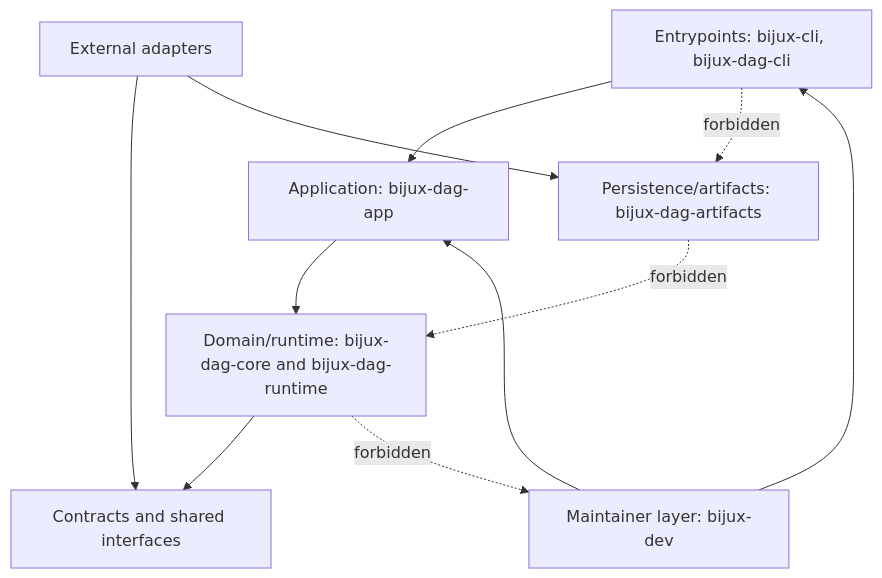
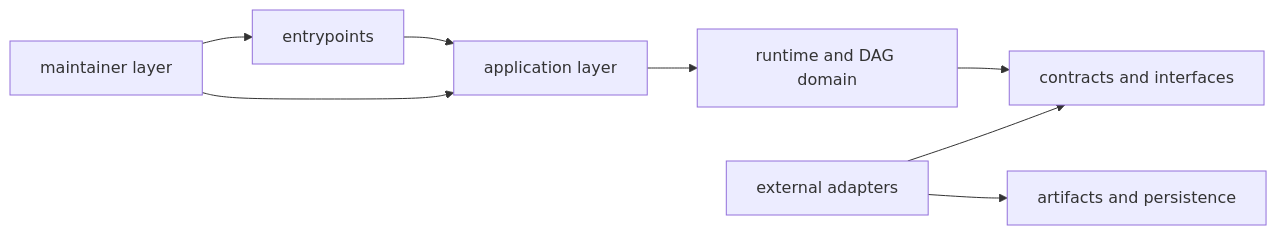
One commit to bijux/bijux-cli changed the diagram in docs/bijux-core/architecture/dependency-direction.md. Above: the diagram before and after it, drawn with Mermaid. The commit also changed other lines of this file, not shown here.

Commit message:
docs(core-architecture): clarify dependency direction

````diff
--- a/docs/bijux-core/architecture/dependency-direction.md
+++ b/docs/bijux-core/architecture/dependency-direction.md
@@ -17,22 +21,10 @@
 ```mermaid
-flowchart TB
-    entry[Entrypoints: bijux-cli, bijux-dag-cli]
-    app[Application: bijux-dag-app]
-    domain[Domain/runtime: bijux-dag-core and bijux-dag-runtime]
-    ports[Contracts and shared interfaces]
-    adapters[External adapters]
-    store[Persistence/artifacts: bijux-dag-artifacts]
-    maintain[Maintainer layer: bijux-dev]
-
-    entry --> app
-    app --> domain
-    domain --> ports
-    adapters --> ports
-    adapters --> store
-    maintain --> entry
+flowchart LR
+    entry["entrypoints"] --> app["application layer"]
+    app --> domain["runtime and DAG domain"]
+    domain --> ports["contracts and interfaces"]
+    adapters["external adapters"] --> ports
+    adapters --> store["artifacts and persistence"]
+    maintain["maintainer layer"] --> entry
     maintain --> app
-
-    entry -. forbidden .-> store
-    store -. forbidden .-> domain
-    domain -. forbidden .-> maintain
 ```
````
